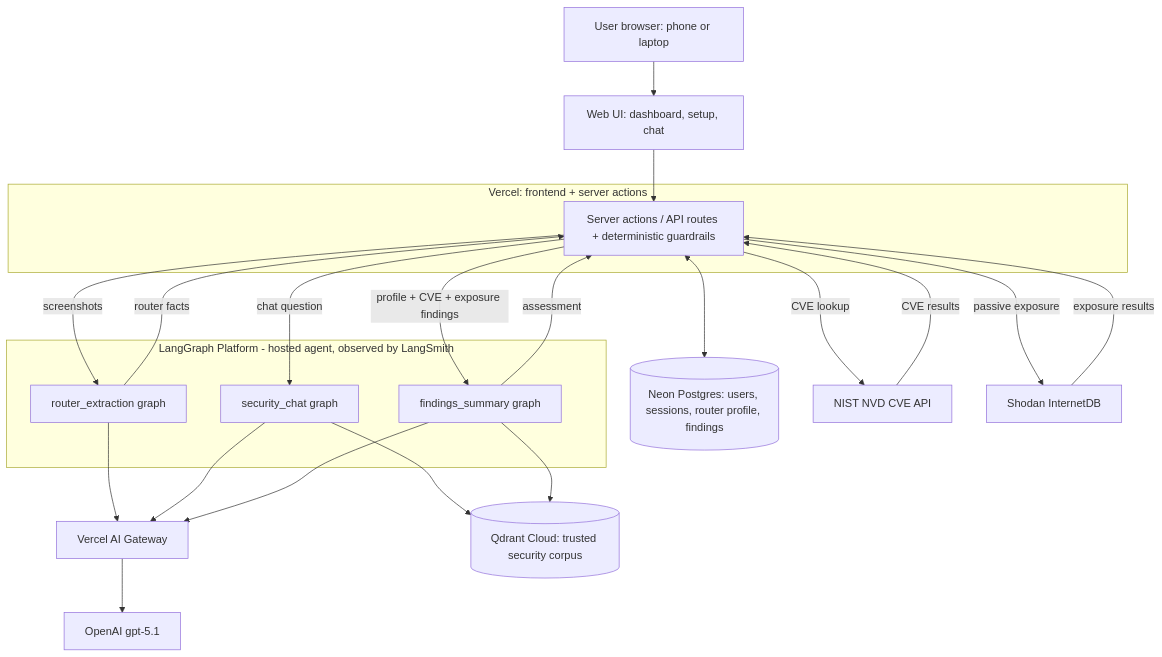
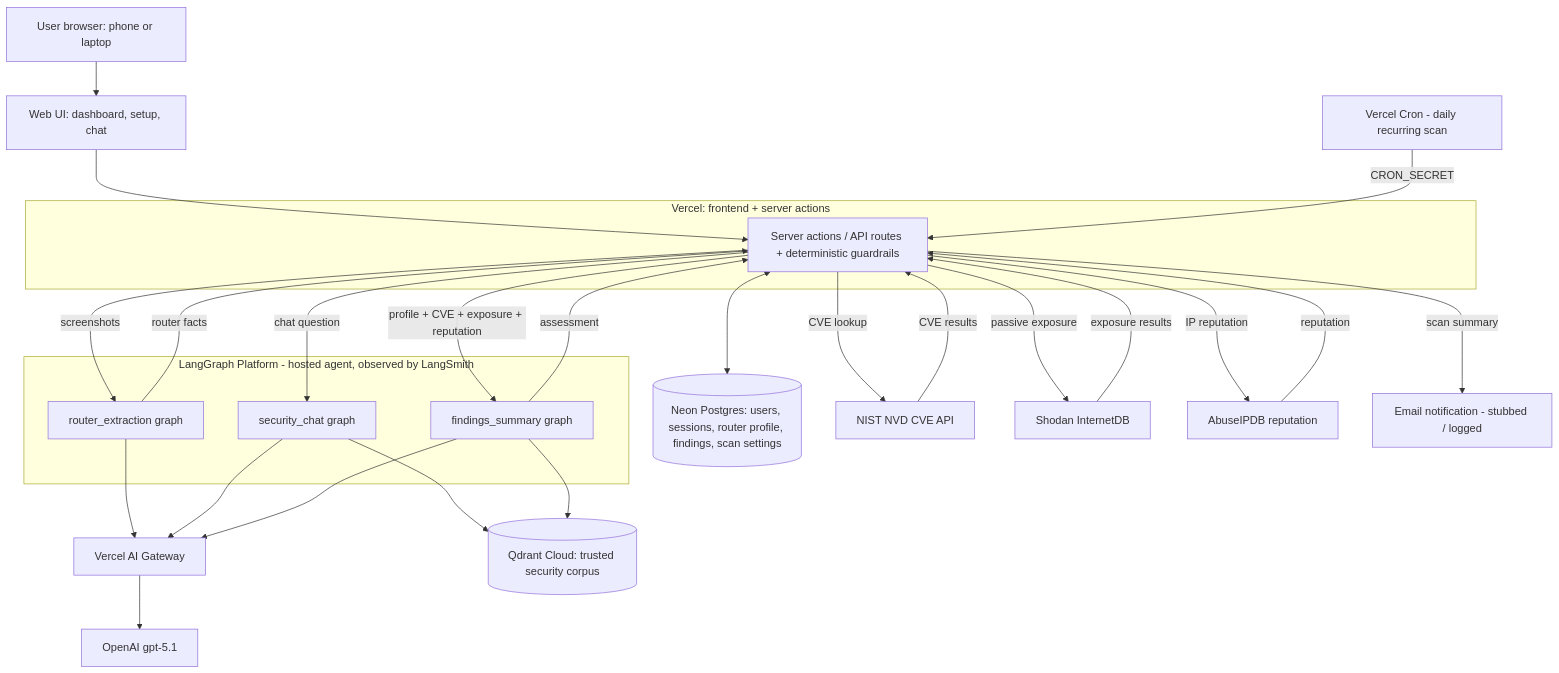
The diagram in README.md (krmurphy2/GridWatch), drawn with Mermaid before and after one commit. The commit also changed other lines of this file and 25 other files, not shown here.

First line of the commit message:
feat: add IP reputation check + recurring scans with email alerts

````diff
--- a/README.md
+++ b/README.md
@@ -34,47 +39,54 @@
 ```mermaid
 flowchart TD
     User[User browser: phone or laptop]
     UI[Web UI: dashboard, setup, chat]
 
     subgraph Vercel[Vercel: frontend + server actions]
         API[Server actions / API routes + deterministic guardrails]
     end
 
-    DB[(Neon Postgres: users, sessions, router profile, findings)]
+    DB[(Neon Postgres: users, sessions, router profile, findings, scan settings)]
     NVD[NIST NVD CVE API]
     InternetDB[Shodan InternetDB]
+    AbuseIPDB[AbuseIPDB reputation]
+    Cron[Vercel Cron - daily recurring scan]
+    Email[Email notification - stubbed / logged]
 
     subgraph LG[LangGraph Platform - hosted agent, observed by LangSmith]
         Extract[router_extraction graph]
         Chat[security_chat graph]
         Summary[findings_summary graph]
     end
 
     Gateway[Vercel AI Gateway]
     LLM[OpenAI gpt-5.1]
     Qdrant[(Qdrant Cloud: trusted security corpus)]
 
     User --> UI
     UI --> API
     API <--> DB
+    Cron -->|CRON_SECRET| API
+    API -->|scan summary| Email
 
     API -->|CVE lookup| NVD
     API -->|passive exposure| InternetDB
+    API -->|IP reputation| AbuseIPDB
     NVD -->|CVE results| API
     InternetDB -->|exposure results| API
+    AbuseIPDB -->|reputation| API
 
     API -->|screenshots| Extract
     API -->|chat question| Chat
-    API -->|profile + CVE + exposure findings| Summary
+    API -->|profile + CVE + exposure + reputation| Summary
 
     Extract --> Gateway
     Chat --> Gateway
     Summary --> Gateway
     Gateway --> LLM
 
     Chat --> Qdrant
     Summary --> Qdrant
 
     Extract -->|router facts| API
     Summary -->|assessment| API
 ```
````
